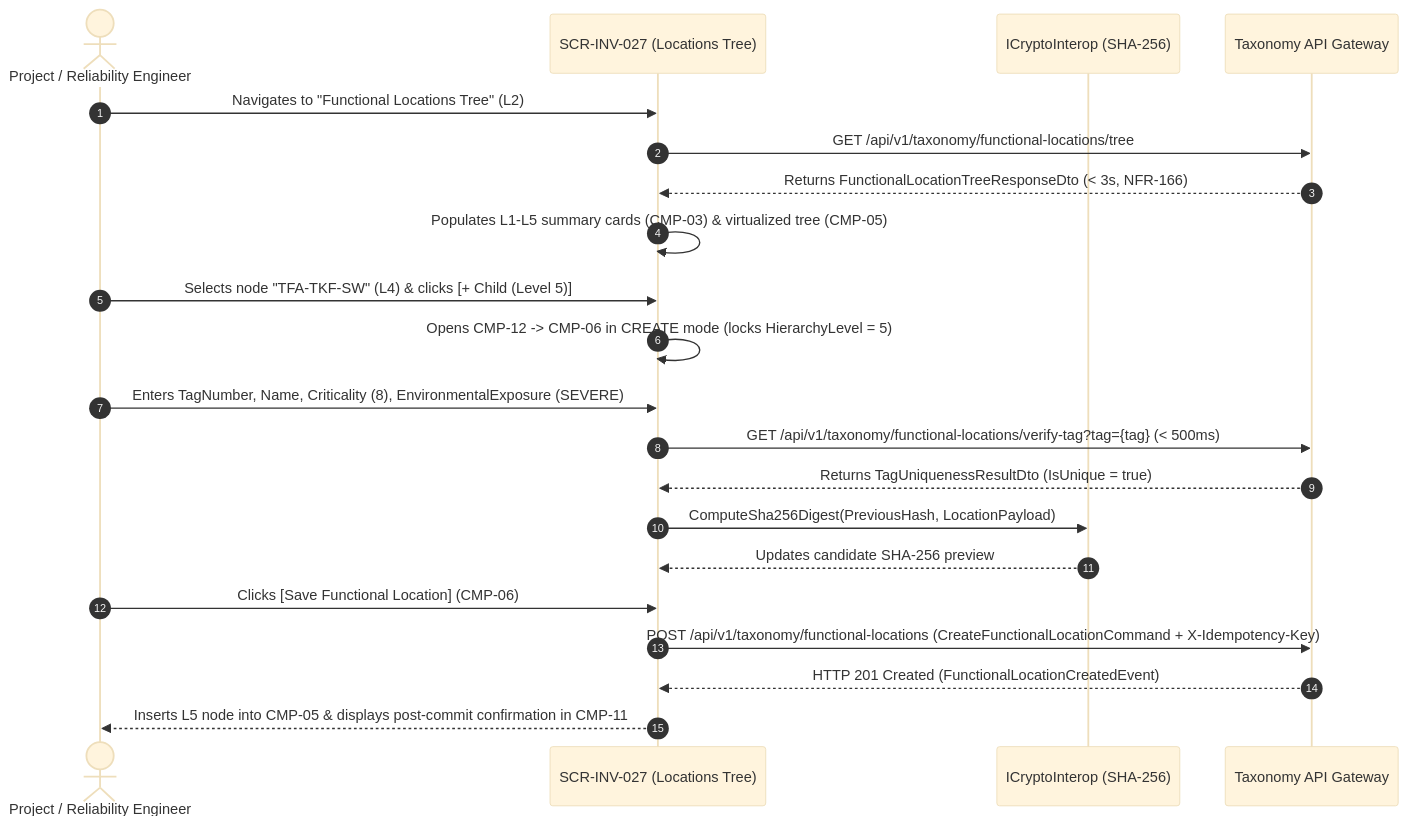
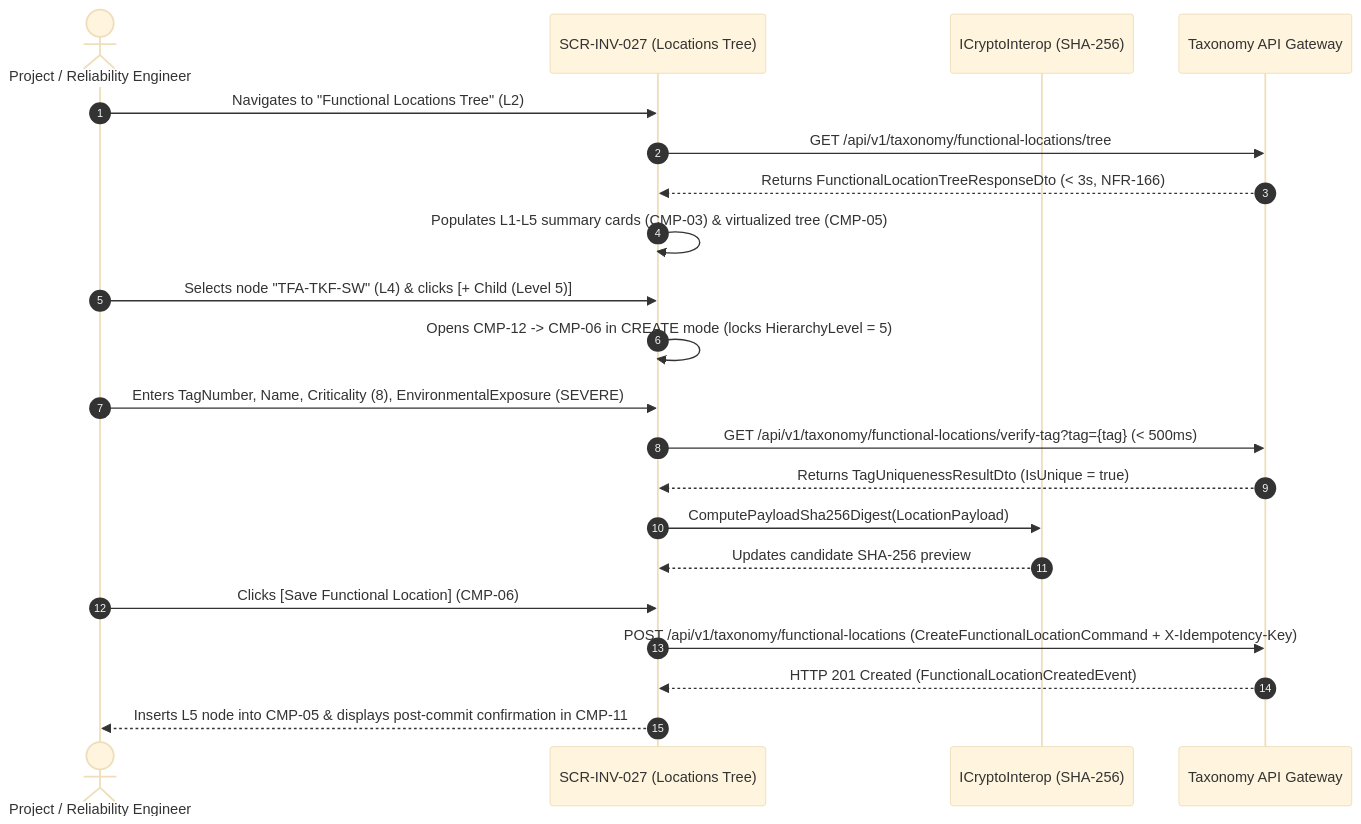
Before and after one commit to Novav20/adso-dteam-docs: the diagram in ui-ux/screens/inv/SCR-INV-027.md, drawn with Mermaid (base theme). The commit also changed other lines of this file and 9 other files, not shown here.

````diff
--- a/ui-ux/screens/inv/SCR-INV-027.md
+++ b/ui-ux/screens/inv/SCR-INV-027.md
@@ -233,24 +233,24 @@
 ```mermaid
 sequenceDiagram
     autonumber
     actor Eng as Project / Reliability Engineer
     participant UI as SCR-INV-027 (Locations Tree)
     participant Crypto as ICryptoInterop (SHA-256)
     participant API as Taxonomy API Gateway
 
     Eng->>UI: Navigates to "Functional Locations Tree" (L2)
     UI->>API: GET /api/v1/taxonomy/functional-locations/tree
     API-->>UI: Returns FunctionalLocationTreeResponseDto (< 3s, NFR-166)
     UI->>UI: Populates L1-L5 summary cards (CMP-03) & virtualized tree (CMP-05)
     Eng->>UI: Selects node "TFA-TKF-SW" (L4) & clicks [+ Child (Level 5)]
     UI->>UI: Opens CMP-12 -> CMP-06 in CREATE mode (locks HierarchyLevel = 5)
     Eng->>UI: Enters TagNumber, Name, Criticality (8), EnvironmentalExposure (SEVERE)
     UI->>API: GET /api/v1/taxonomy/functional-locations/verify-tag?tag={tag} (< 500ms)
     API-->>UI: Returns TagUniquenessResultDto (IsUnique = true)
-    UI->>Crypto: ComputeSha256Digest(PreviousHash, LocationPayload)
+    UI->>Crypto: ComputePayloadSha256Digest(LocationPayload)
     Crypto-->>UI: Updates candidate SHA-256 preview
     Eng->>UI: Clicks [Save Functional Location] (CMP-06)
     UI->>API: POST /api/v1/taxonomy/functional-locations (CreateFunctionalLocationCommand + X-Idempotency-Key)
     API-->>UI: HTTP 201 Created (FunctionalLocationCreatedEvent)
     UI-->>Eng: Inserts L5 node into CMP-05 & displays post-commit confirmation in CMP-11
 ```
````
